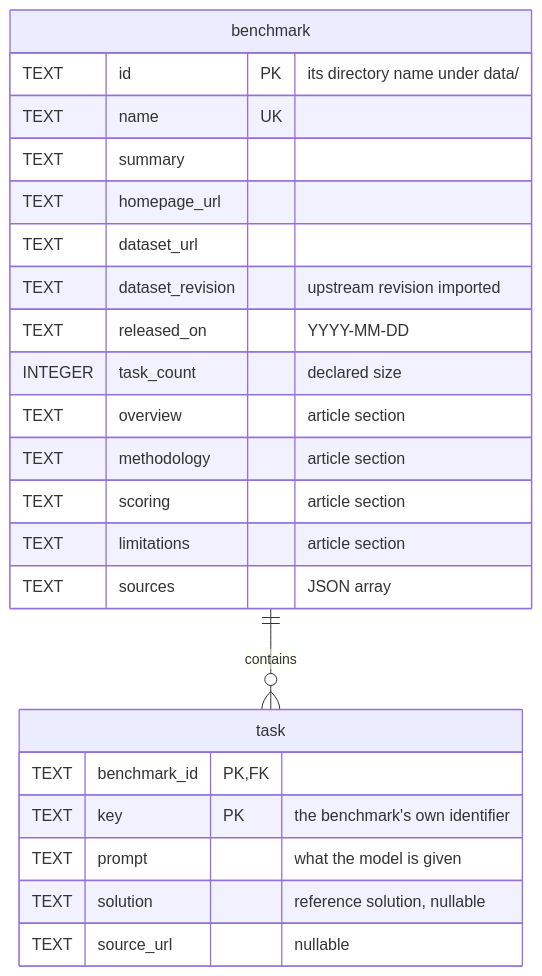
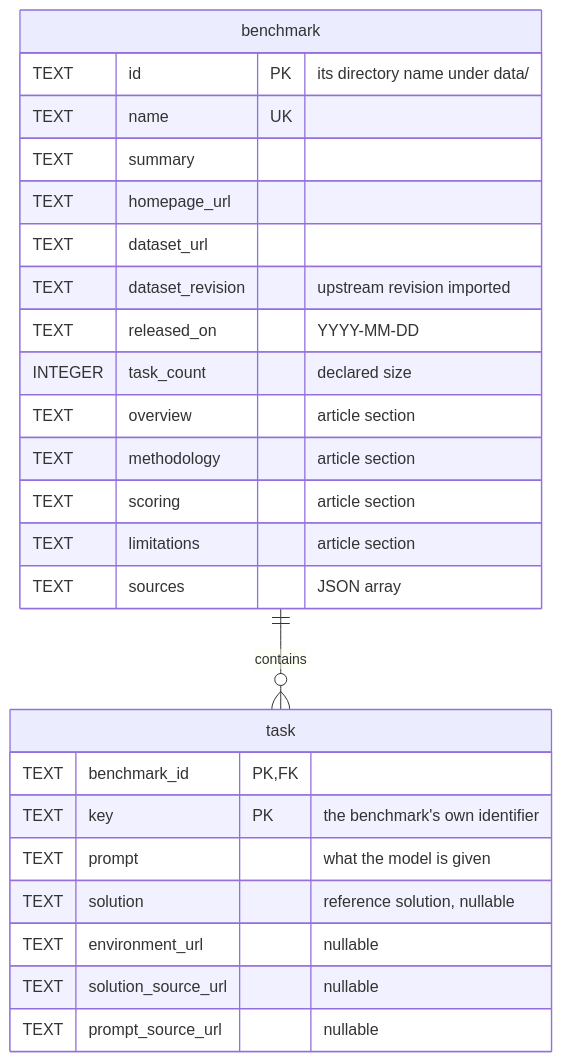
The diagram in README.md (khooeee/benchopedia), drawn with Mermaid before and after one commit. The commit also changed other lines of this file and 8 other files, not shown here.

Commit message:
Add task environment and source links

````diff
--- a/README.md
+++ b/README.md
@@ -27,27 +27,29 @@
 ```mermaid
 erDiagram
     benchmark ||--o{ task : contains
 
     benchmark {
         TEXT id PK "its directory name under data/"
         TEXT name UK
         TEXT summary
         TEXT homepage_url
         TEXT dataset_url
         TEXT dataset_revision "upstream revision imported"
         TEXT released_on "YYYY-MM-DD"
         INTEGER task_count "declared size"
         TEXT overview "article section"
         TEXT methodology "article section"
         TEXT scoring "article section"
         TEXT limitations "article section"
         TEXT sources "JSON array"
     }
     task {
         TEXT benchmark_id PK, FK
         TEXT key PK "the benchmark's own identifier"
         TEXT prompt "what the model is given"
         TEXT solution "reference solution, nullable"
-        TEXT source_url "nullable"
+        TEXT environment_url "nullable"
+        TEXT solution_source_url "nullable"
+        TEXT prompt_source_url "nullable"
     }
 ```
````
